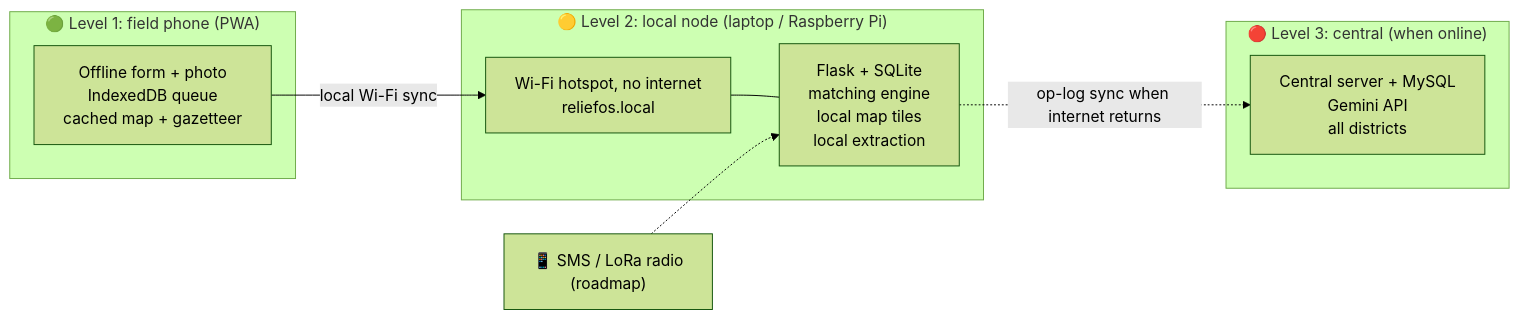
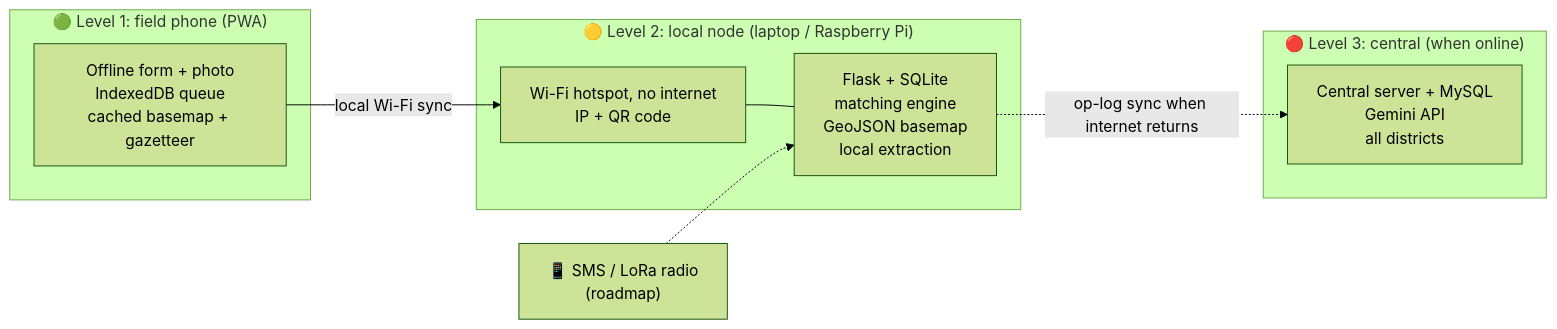
One commit to ridhimagogia/ReliefOS changed the diagram in docs/11_offline_infrastructure.md. Above: the diagram before and after it, drawn with Mermaid (forest theme). The commit also changed other lines of this file, not shown here.

First line of the commit message:
Revise offline infrastructure documentation for v2

````diff
--- a/docs/11_offline_infrastructure.md
+++ b/docs/11_offline_infrastructure.md
@@ -28,17 +31,17 @@
 ```mermaid
 flowchart LR
     subgraph L1["🟢 Level 1: field phone (PWA)"]
-        P1["Offline form + photo<br/>IndexedDB queue<br/>cached map + gazetteer"]
+        P1["Offline form + photo<br/>IndexedDB queue<br/>cached basemap + gazetteer"]
     end
     subgraph L2["🟡 Level 2: local node (laptop / Raspberry Pi)"]
-        W["Wi-Fi hotspot, no internet<br/>reliefos.local"]
-        S["Flask + SQLite<br/>matching engine<br/>local map tiles<br/>local extraction"]
+        W["Wi-Fi hotspot, no internet<br/>IP + QR code"]
+        S["Flask + SQLite<br/>matching engine<br/>GeoJSON basemap<br/>local extraction"]
         W --- S
     end
     subgraph L3["🔴 Level 3: central (when online)"]
         C["Central server + MySQL<br/>Gemini API<br/>all districts"]
     end
     P1 -- "local Wi-Fi sync" --> W
     S -. "op-log sync when internet returns" .-> C
     SMS["📱 SMS / LoRa radio<br/>(roadmap)"] -.-> S
 ```
````
